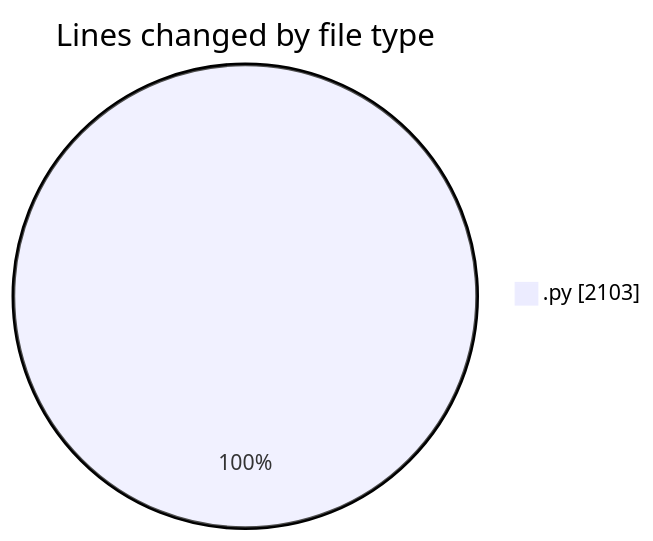
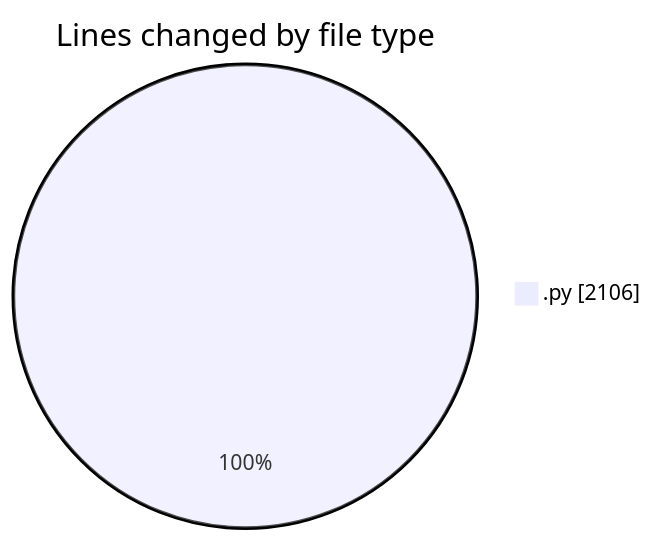
One commit to MatusMokan/code-tracking changed the first of 2 diagrams in 2025-04-19/myws__workspace_/README.md. Above: the diagram before and after it, drawn with Mermaid. The commit also changed other lines of this file and 1 other file, not shown here.

````diff
--- a/2025-04-19/myws__workspace_/README.md
+++ b/2025-04-19/myws__workspace_/README.md
@@ -23,5 +23,5 @@
 ```mermaid
 pie showData
 title Lines changed by file type
-".py" : 2103
+".py" : 2106
 ```
````
